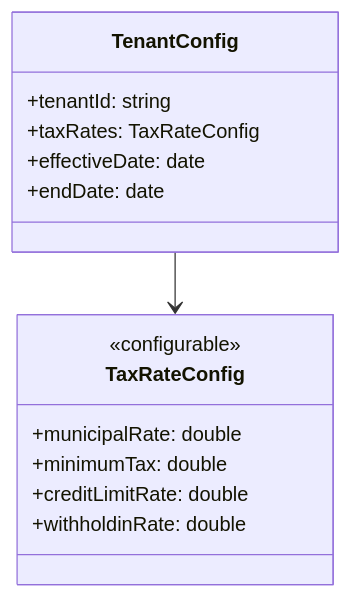
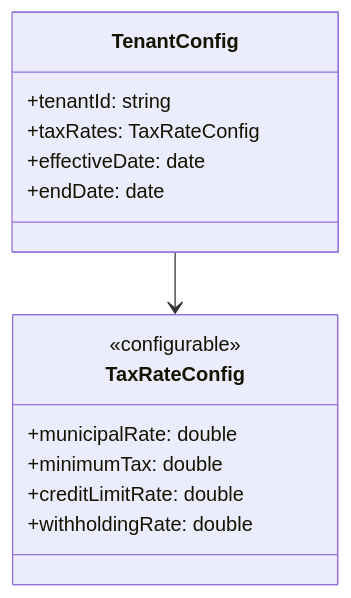
One commit to shashanksaxena-tz/munciplaityTax changed the second of 12 diagrams in docs/CONFIGURABLE_DESIGN.md. Above: the diagram before and after it, drawn with Mermaid.

Commit message:
Fix spelling error in CONFIGURABLE_DESIGN.md

````diff
--- a/docs/CONFIGURABLE_DESIGN.md
+++ b/docs/CONFIGURABLE_DESIGN.md
@@ -51,19 +51,19 @@
 ```mermaid
 classDiagram
     class TaxRateConfig {
         <<configurable>>
         +municipalRate: double
         +minimumTax: double
         +creditLimitRate: double
-        +withholdinRate: double
+        +withholdingRate: double
     }
     
     class TenantConfig {
         +tenantId: string
         +taxRates: TaxRateConfig
         +effectiveDate: date
         +endDate: date
     }
     
     TenantConfig --> TaxRateConfig
 ```
````
